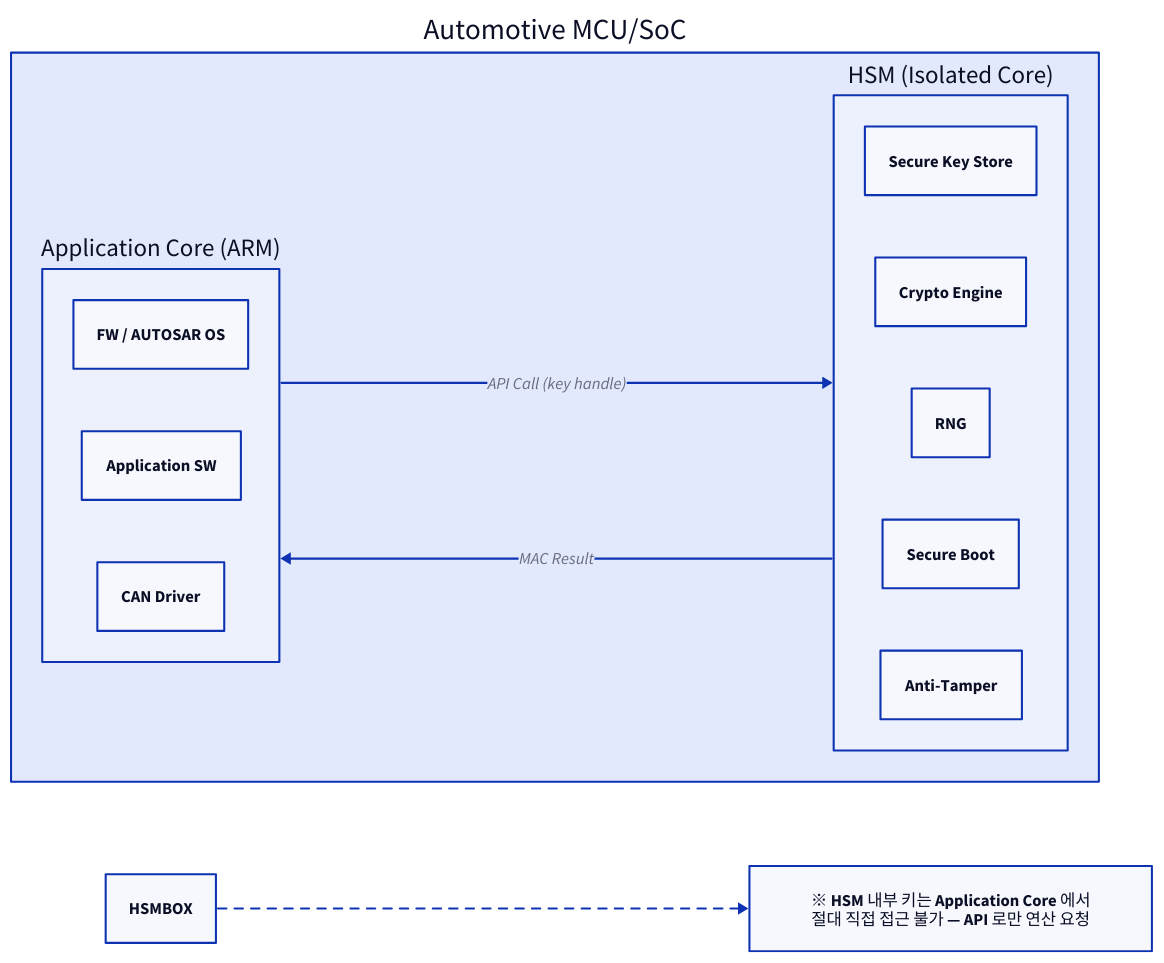
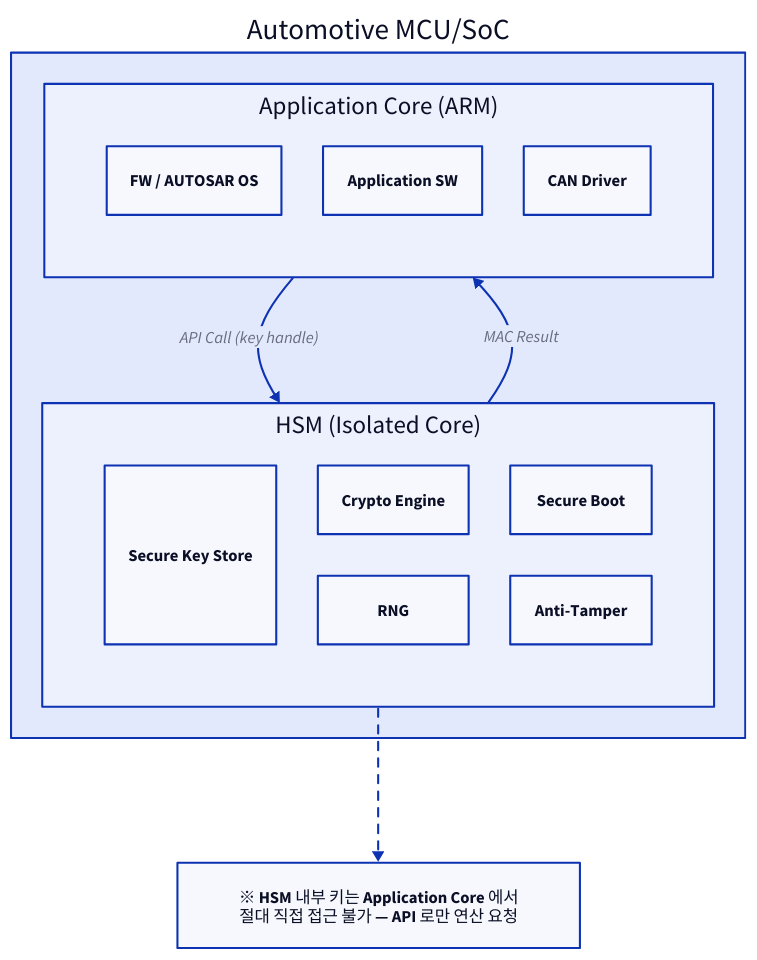
Before and after one commit to humbleowl39/DV_SKOOL: the fifth of 14 diagrams in topics/automotive_cybersecurity/docs/02_automotive_soc_security.md, drawn with D2. The commit also changed other lines of this file and 90 other files, not shown here.

First line of the commit message:
docs: 전 토픽 다이어그램 정비 — ASCII→D2, mermaid→D2, 과대 D2 가시성 수정

````diff
--- a/topics/automotive_cybersecurity/docs/02_automotive_soc_security.md
+++ b/topics/automotive_cybersecurity/docs/02_automotive_soc_security.md
@@ -242,23 +247,25 @@
 ```d2
-direction: right
+direction: down
 
 SOC: "Automotive MCU/SoC" {
-  direction: right
+  direction: down
   APP: "Application Core (ARM)" {
+    grid-columns: 3
     APP1: "FW / AUTOSAR OS"
     APP2: "Application SW"
     APP3: "CAN Driver"
   }
   HSMBOX: "HSM (Isolated Core)" {
+    grid-columns: 3
     H1: "Secure Key Store"
     H2: "Crypto Engine"
     H3: "RNG"
     H4: "Secure Boot"
     H5: "Anti-Tamper"
   }
   APP -> HSMBOX: "API Call (key handle)"
   HSMBOX -> APP: "MAC Result"
 }
 NOTE: "※ HSM 내부 키는 Application Core 에서\n절대 직접 접근 불가 — API 로만 연산 요청"
-HSMBOX -> NOTE { style.stroke-dash: 4 }
+SOC.HSMBOX -> NOTE { style.stroke-dash: 4 }
 ```
````
